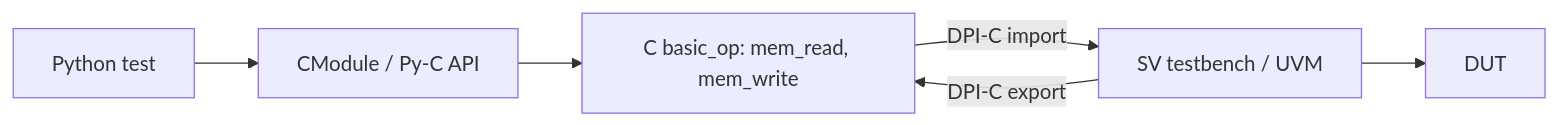
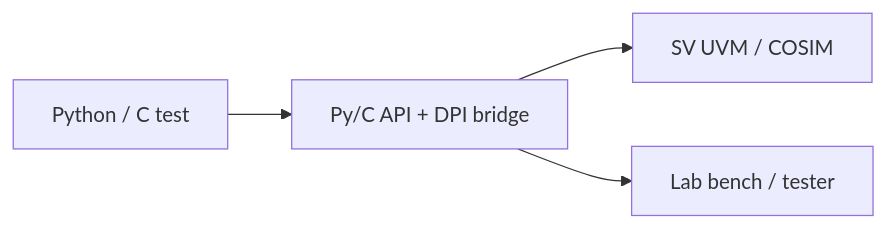
The diagram in docs/papers/ref-20261018-678e-unified-test-writing-framework-for-pre-and-post-silicon-veri.md (nemo99007/yt-paper), drawn with Mermaid before and after one commit. The commit also changed other lines of this file and 172 other files, not shown here.

````diff
--- a/docs/papers/ref-20261018-678e-unified-test-writing-framework-for-pre-and-post-silicon-veri.md
+++ b/docs/papers/ref-20261018-678e-unified-test-writing-framework-for-pre-and-post-silicon-veri.md
@@ -212,8 +199,6 @@
 ```mermaid
 flowchart LR
-  PY[Python test] --> CM[CModule / Py-C API]
-  CM --> C[C basic_op: mem_read, mem_write]
-  C -->|DPI-C import| SV[SV testbench / UVM]
-  SV --> DUT[DUT]
-  SV -->|DPI-C export| C
+  T[Python / C test] --> B[Py/C API + DPI bridge]
+  B --> S[SV UVM / COSIM]
+  B --> L[Lab bench / tester]
 ```
````
